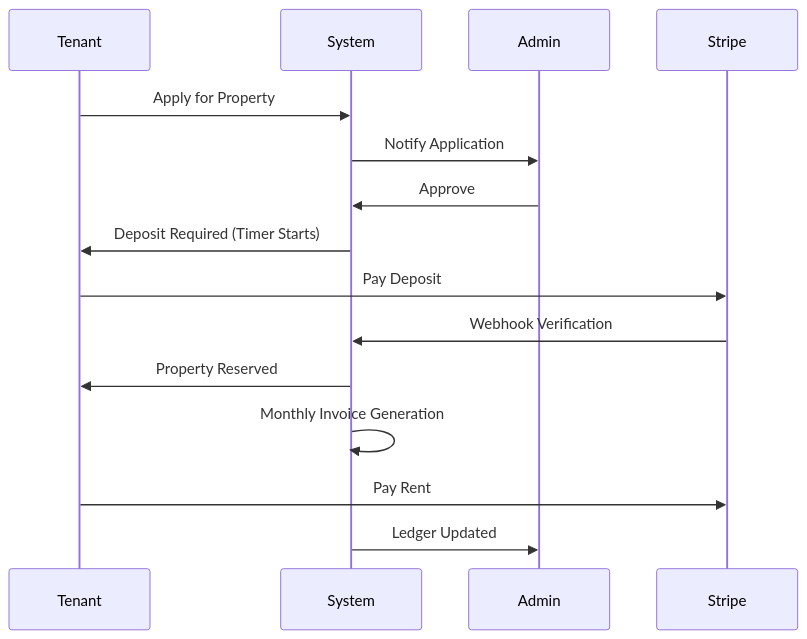
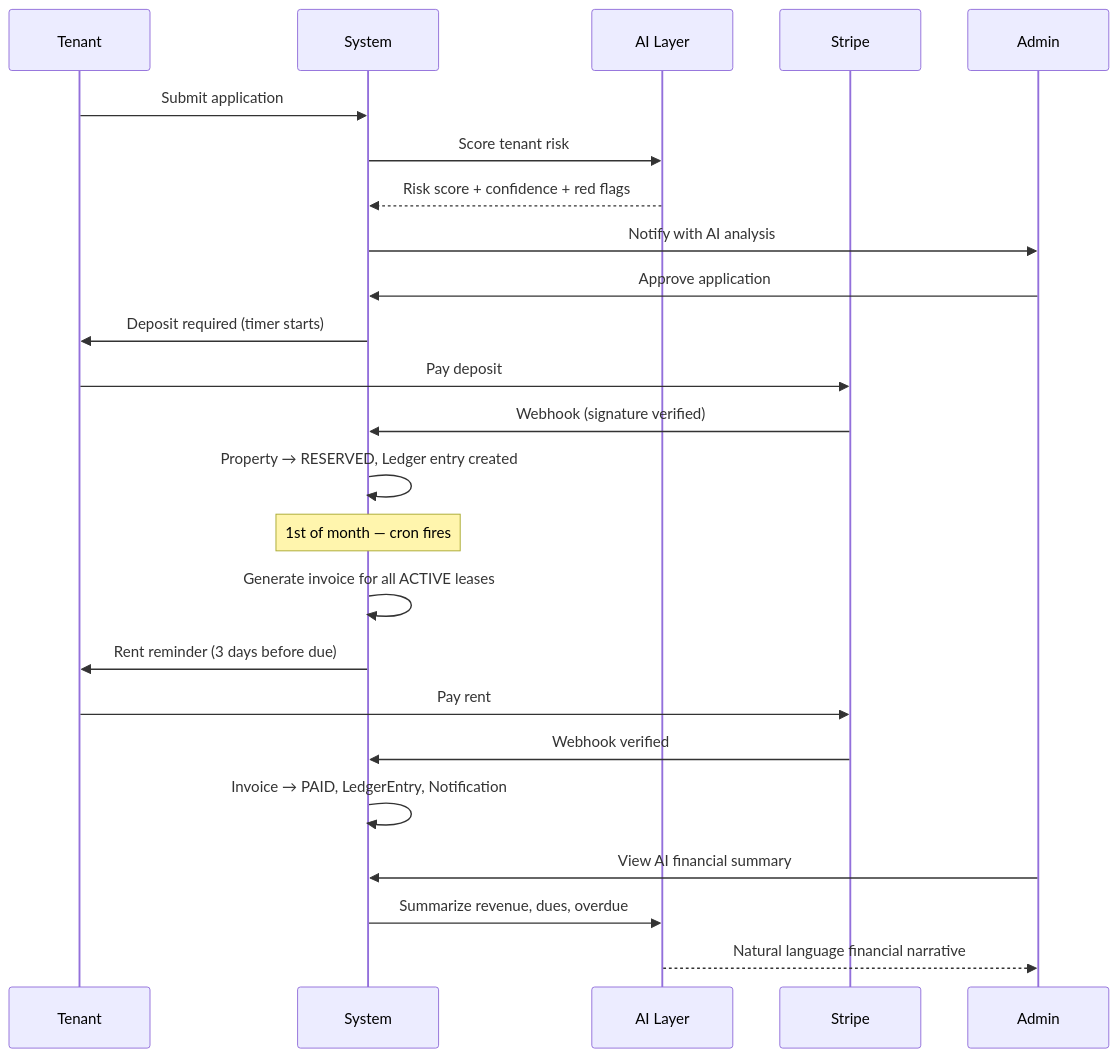
Before and after one commit to panakantinandu/panakantinandu: the diagram in README.md, drawn with Mermaid. The commit also changed other lines of this file, not shown here.

````diff
--- a/README.md
+++ b/README.md
@@ -62,13 +101,27 @@
 ```mermaid
 sequenceDiagram
-    Tenant->>System: Apply for Property
-    System->>Admin: Notify Application
-    Admin->>System: Approve
-    System->>Tenant: Deposit Required (Timer Starts)
-    Tenant->>Stripe: Pay Deposit
-    Stripe->>System: Webhook Verification
-    System->>Tenant: Property Reserved
-    System->>System: Monthly Invoice Generation
-    Tenant->>Stripe: Pay Rent
-    System->>Admin: Ledger Updated
+    participant T as Tenant
+    participant S as System
+    participant AI as AI Layer
+    participant ST as Stripe
+    participant A as Admin
+
+    T->>S: Submit application
+    S->>AI: Score tenant risk
+    AI-->>S: Risk score + confidence + red flags
+    S->>A: Notify with AI analysis
+    A->>S: Approve application
+    S->>T: Deposit required (timer starts)
+    T->>ST: Pay deposit
+    ST->>S: Webhook (signature verified)
+    S->>S: Property → RESERVED, Ledger entry created
+    Note over S: 1st of month — cron fires
+    S->>S: Generate invoice for all ACTIVE leases
+    S->>T: Rent reminder (3 days before due)
+    T->>ST: Pay rent
+    ST->>S: Webhook verified
+    S->>S: Invoice → PAID, LedgerEntry, Notification
+    A->>S: View AI financial summary
+    S->>AI: Summarize revenue, dues, overdue
+    AI-->>A: Natural language financial narrative
 ```
````
